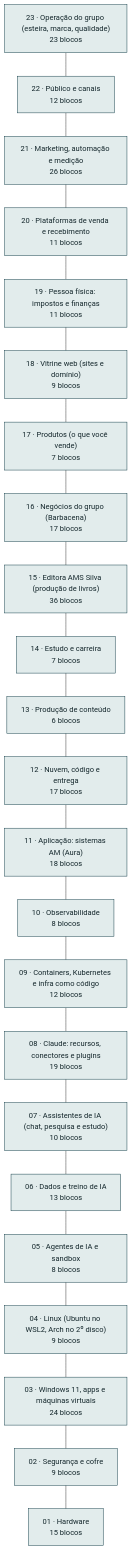
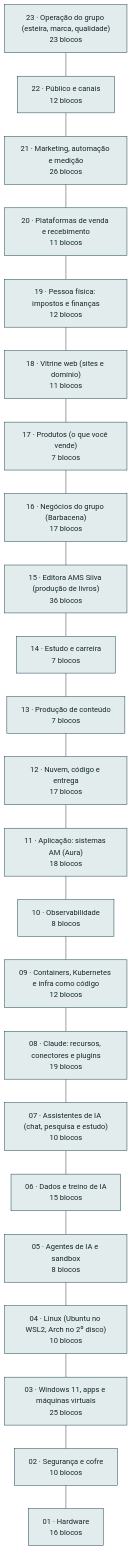
The diagram in docs/arquitetura.md (AlanMateus17/dev-setup), drawn with Mermaid before and after one commit. The commit also changed other lines of this file and 75 other files, not shown here.

````diff
--- a/docs/arquitetura.md
+++ b/docs/arquitetura.md
@@ -10,50 +10,50 @@
 ```mermaid
 flowchart TB
   L_oper["23 · Operação do grupo (esteira, marca, qualidade)<br/>23 blocos"]
   L_pub["22 · Público e canais<br/>12 blocos"]
   L_mkt["21 · Marketing, automação e medição<br/>26 blocos"]
   L_venda["20 · Plataformas de venda e recebimento<br/>11 blocos"]
-  L_emp["19 · Pessoa física: impostos e finanças<br/>11 blocos"]
-  L_web["18 · Vitrine web (sites e domínio)<br/>9 blocos"]
+  L_emp["19 · Pessoa física: impostos e finanças<br/>12 blocos"]
+  L_web["18 · Vitrine web (sites e domínio)<br/>11 blocos"]
   L_prod["17 · Produtos (o que você vende)<br/>7 blocos"]
   L_neg["16 · Negócios do grupo (Barbacena)<br/>17 blocos"]
   L_editora["15 · Editora AMS Silva (produção de livros)<br/>36 blocos"]
   L_est["14 · Estudo e carreira<br/>7 blocos"]
-  L_cont["13 · Produção de conteúdo<br/>6 blocos"]
+  L_cont["13 · Produção de conteúdo<br/>7 blocos"]
   L_nuvem["12 · Nuvem, código e entrega<br/>17 blocos"]
   L_app["11 · Aplicação: sistemas AM (Aura)<br/>18 blocos"]
   L_obs["10 · Observabilidade<br/>8 blocos"]
   L_cnt["09 · Containers, Kubernetes e infra como código<br/>12 blocos"]
   L_clc["08 · Claude: recursos, conectores e plugins<br/>19 blocos"]
   L_chat["07 · Assistentes de IA (chat, pesquisa e estudo)<br/>10 blocos"]
-  L_dados["06 · Dados e treino de IA<br/>13 blocos"]
+  L_dados["06 · Dados e treino de IA<br/>15 blocos"]
   L_ia["05 · Agentes de IA e sandbox<br/>8 blocos"]
-  L_lin["04 · Linux (Ubuntu no WSL2, Arch no 2º disco)<br/>9 blocos"]
-  L_win["03 · Windows 11, apps e máquinas virtuais<br/>24 blocos"]
-  L_seg["02 · Segurança e cofre<br/>9 blocos"]
-  L_hw["01 · Hardware<br/>15 blocos"]
+  L_lin["04 · Linux (Ubuntu no WSL2, Arch no 2º disco)<br/>10 blocos"]
+  L_win["03 · Windows 11, apps e máquinas virtuais<br/>25 blocos"]
+  L_seg["02 · Segurança e cofre<br/>10 blocos"]
+  L_hw["01 · Hardware<br/>16 blocos"]
   L_oper --- L_pub
   L_pub --- L_mkt
   L_mkt --- L_venda
   L_venda --- L_emp
   L_emp --- L_web
   L_web --- L_prod
   L_prod --- L_neg
   L_neg --- L_editora
   L_editora --- L_est
   L_est --- L_cont
   L_cont --- L_nuvem
   L_nuvem --- L_app
   L_app --- L_obs
   L_obs --- L_cnt
   L_cnt --- L_clc
   L_clc --- L_chat
   L_chat --- L_dados
   L_dados --- L_ia
   L_ia --- L_lin
   L_lin --- L_win
   L_win --- L_seg
   L_seg --- L_hw
   classDef cam fill:#e2ecec,stroke:#0e3a45,color:#13262b
   class L_oper,L_pub,L_mkt,L_venda,L_emp,L_web,L_prod,L_neg,L_editora,L_est,L_cont,L_nuvem,L_app,L_obs,L_cnt,L_clc,L_chat,L_dados,L_ia,L_lin,L_win,L_seg,L_hw cam
 ```
````
